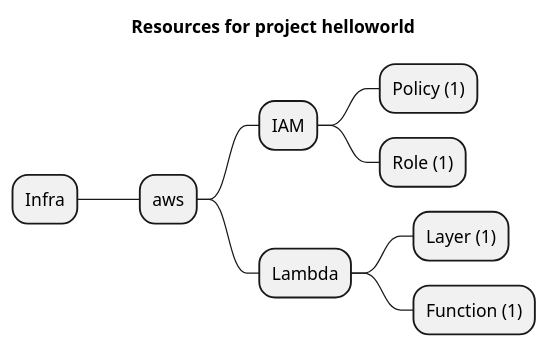
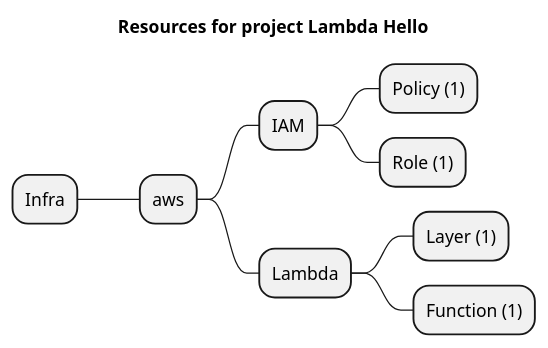
Before and after one commit to grucloud/grucloud: the diagram in examples/aws/lambda/nodejs/helloworld/artifacts/resources-mindmap.puml, drawn with PlantUML. The commit also changed 93 other files, not shown here.

```diff
--- a/examples/aws/lambda/nodejs/helloworld/artifacts/resources-mindmap.puml
+++ b/examples/aws/lambda/nodejs/helloworld/artifacts/resources-mindmap.puml
@@ -1,12 +1,12 @@
 @startmindmap
-title Resources for project helloworld
+title Resources for project Lambda Hello
 skinparam monochrome true
 + Infra
 ++ aws
 +++ IAM
 ++++ Policy (1)
 ++++ Role (1)
 +++ Lambda
 ++++ Layer (1)
 ++++ Function (1)
 @endmindmap
```
